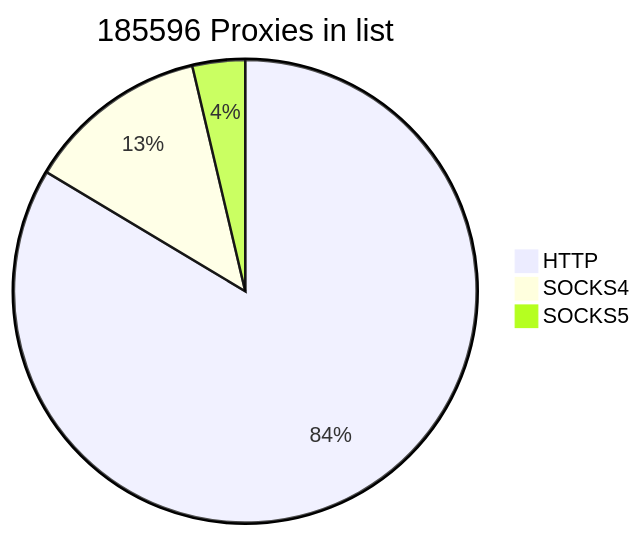
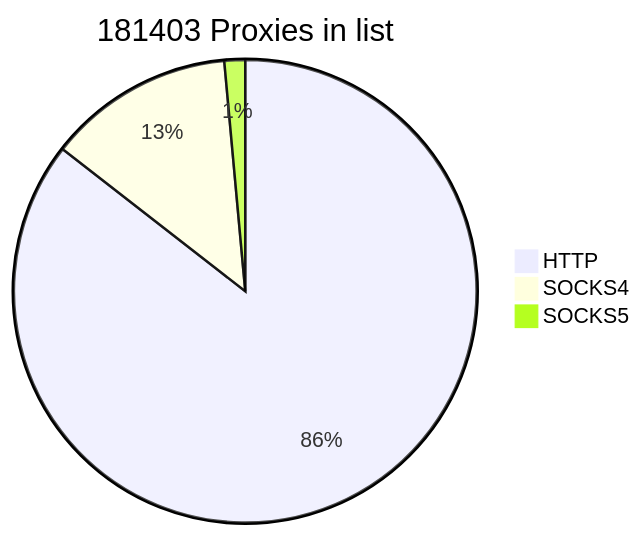
Before and after one commit to cutipu/proxylist: the first of 2 diagrams in README.md, drawn with Mermaid. The commit also changed other lines of this file, not shown here.

````diff
--- a/README.md
+++ b/README.md
@@ -2,7 +2,7 @@
 ```mermaid
-pie title 185596 Proxies in list
+pie title 181403 Proxies in list
     "HTTP" : 155155
-    "SOCKS4" : 23617
-    "SOCKS5" : 6824
+    "SOCKS4" : 23618
+    "SOCKS5" : 2630
             
 ```
````
